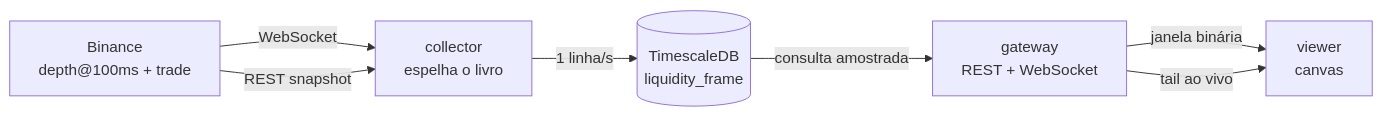
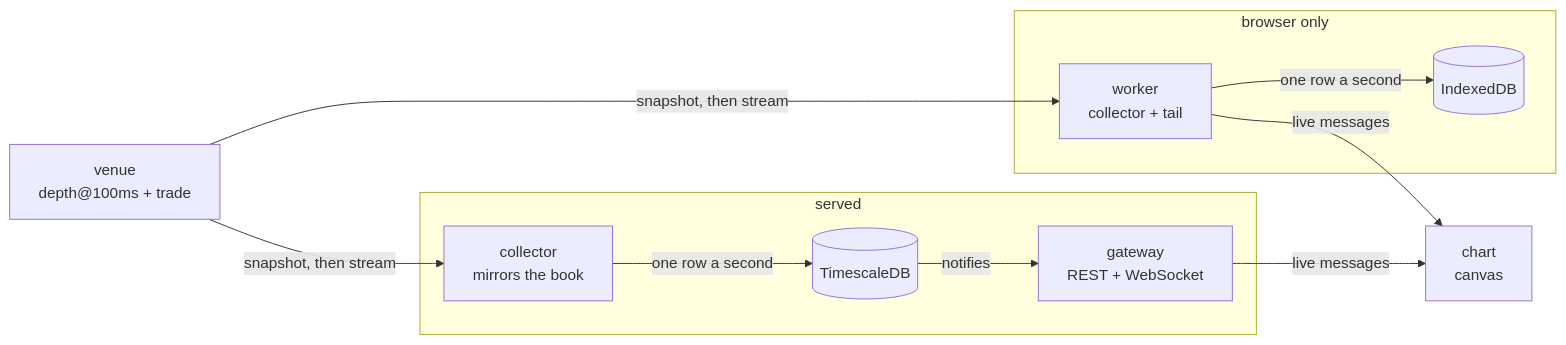
The diagram in docs/architecture.md (giovani-freitag/fathom), drawn with Mermaid before and after one commit. The commit also changed other lines of this file and 3 other files, not shown here.

Commit message:
docs: rewrite the guides in English and against the architecture as it is

````diff
--- a/docs/architecture.md
+++ b/docs/architecture.md
@@ -6,15 +7,25 @@
 ```mermaid
 flowchart LR
-    venue["Binance<br/>depth@100ms + trade"]
-    collector["collector<br/>espelha o livro"]
-    db[("TimescaleDB<br/>liquidity_frame")]
-    gateway["gateway<br/>REST + WebSocket"]
-    viewer["viewer<br/>canvas"]
+    venue["venue<br/>depth@100ms + trade"]
 
-    venue -->|WebSocket| collector
-    venue -->|REST snapshot| collector
-    collector -->|1 linha/s| db
-    db -->|consulta amostrada| gateway
-    gateway -->|janela binária| viewer
-    gateway -->|tail ao vivo| viewer
+    subgraph served["served"]
+        collector["collector<br/>mirrors the book"]
+        db[("TimescaleDB")]
+        gateway["gateway<br/>REST + WebSocket"]
+    end
+
+    subgraph browser["browser only"]
+        worker["worker<br/>collector + tail"]
+        store[("IndexedDB")]
+    end
+
+    chart["chart<br/>canvas"]
+
+    venue -->|snapshot, then stream| collector
+    venue -->|snapshot, then stream| worker
+    collector -->|one row a second| db
+    db -->|notifies| gateway
+    gateway -->|live messages| chart
+    worker -->|one row a second| store
+    worker -->|live messages| chart
 ```
````
